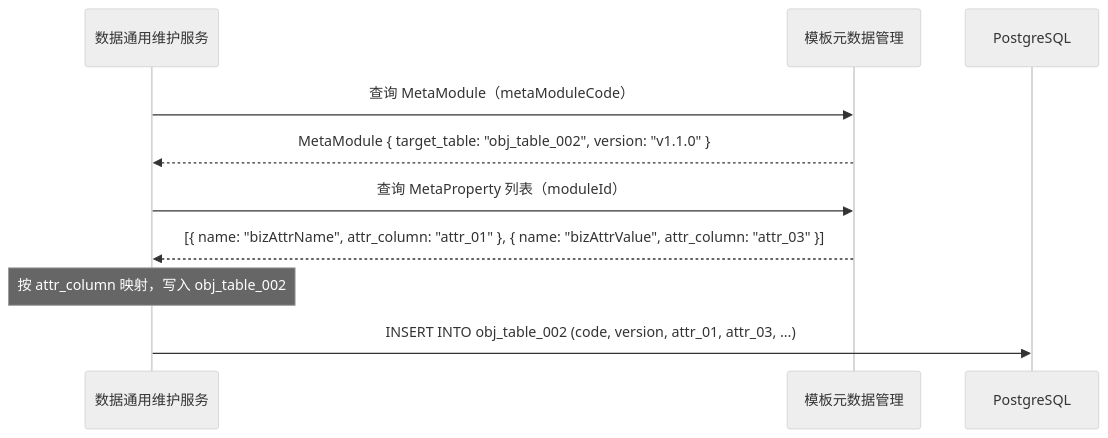
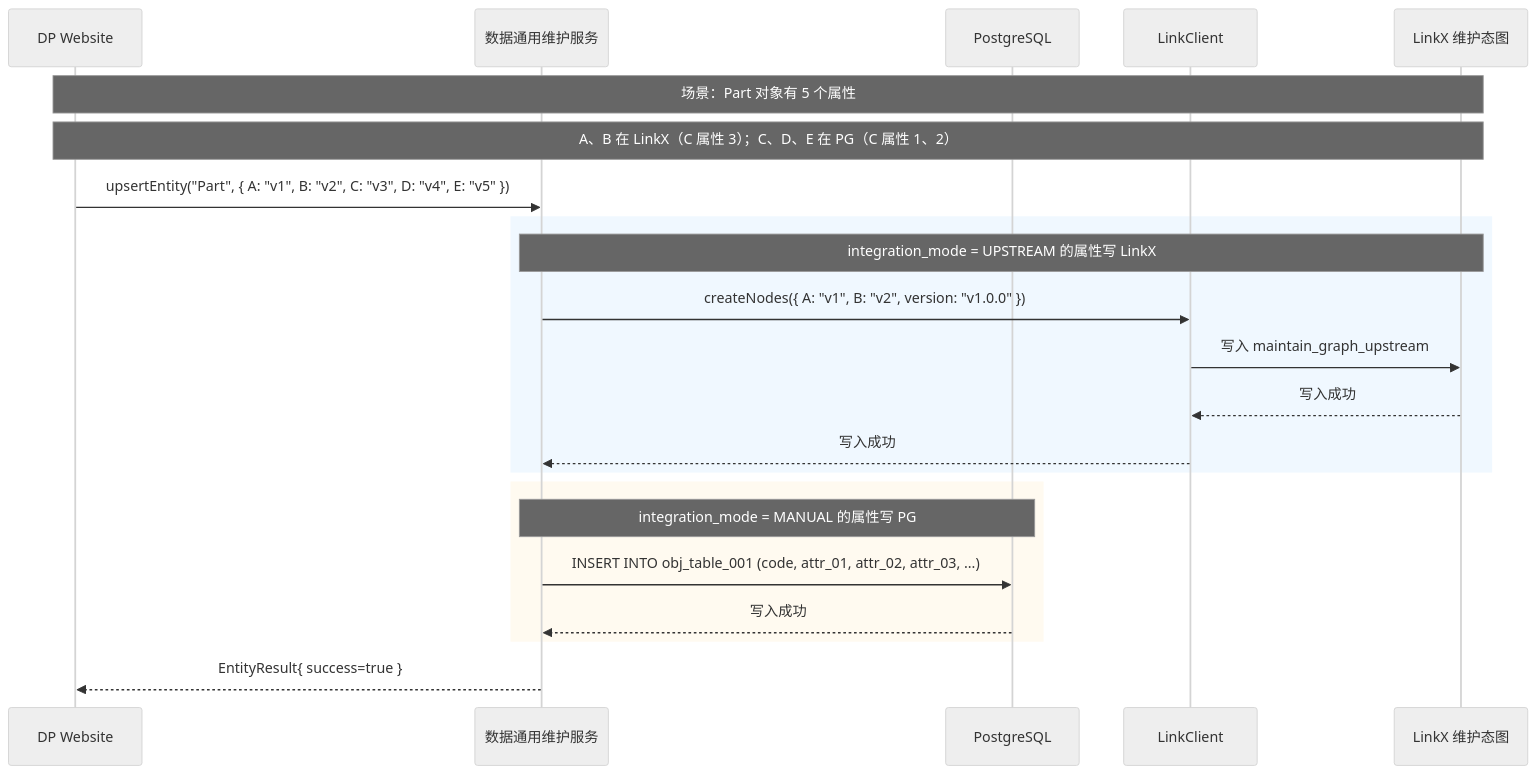
The first of 4 diagrams in docs/adr/RFC-003-数据通用维护服务-通用对象表映射机制.md (goflyboy/digitalproduct), drawn with Mermaid (neutral theme) before and after one commit. The commit also changed other lines of this file and 2 other files, not shown here.

````diff
--- a/docs/adr/RFC-003-数据通用维护服务-通用对象表映射机制.md
+++ b/docs/adr/RFC-003-数据通用维护服务-通用对象表映射机制.md
@@ -229,13 +208,29 @@
 ```mermaid
 sequenceDiagram
+    participant DP as DP Website
     participant MS as 数据通用维护服务
-    participant TM as 模板元数据管理
     participant PG as PostgreSQL
+    participant LC as LinkClient
+    participant LNK as LinkX 维护态图
 
-    MS->>TM: 查询 MetaModule（metaModuleCode）
-    TM-->>MS: MetaModule { target_table: "obj_table_002", version: "v1.1.0" }
-    MS->>TM: 查询 MetaProperty 列表（moduleId）
-    TM-->>MS: [{ name: "bizAttrName", attr_column: "attr_01" }, { name: "bizAttrValue", attr_column: "attr_03" }]
-    Note over MS: 按 attr_column 映射，写入 obj_table_002
-    MS->>PG: INSERT INTO obj_table_002 (code, version, attr_01, attr_03, ...)
+    Note over DP,LNK: 场景：Part 对象有 5 个属性
+    Note over DP,LNK: A、B 在 LinkX（C 属性 3）；C、D、E 在 PG（C 属性 1、2）
+
+    DP->>MS: upsertEntity("Part", { A: "v1", B: "v2", C: "v3", D: "v4", E: "v5" })
+
+    rect rgb(240, 248, 255)
+        Note over MS,LNK: integration_mode = UPSTREAM 的属性写 LinkX
+        MS->>LC: createNodes({ A: "v1", B: "v2", version: "v1.0.0" })
+        LC->>LNK: 写入 maintain_graph_upstream
+        LNK-->>LC: 写入成功
+        LC-->>MS: 写入成功
+    end
+
+    rect rgb(255, 250, 240)
+        Note over MS,PG: integration_mode = MANUAL 的属性写 PG
+        MS->>PG: INSERT INTO obj_table_001 (code, attr_01, attr_02, attr_03, ...)
+        PG-->>MS: 写入成功
+    end
+
+    MS-->>DP: EntityResult{ success=true }
 ```
````
